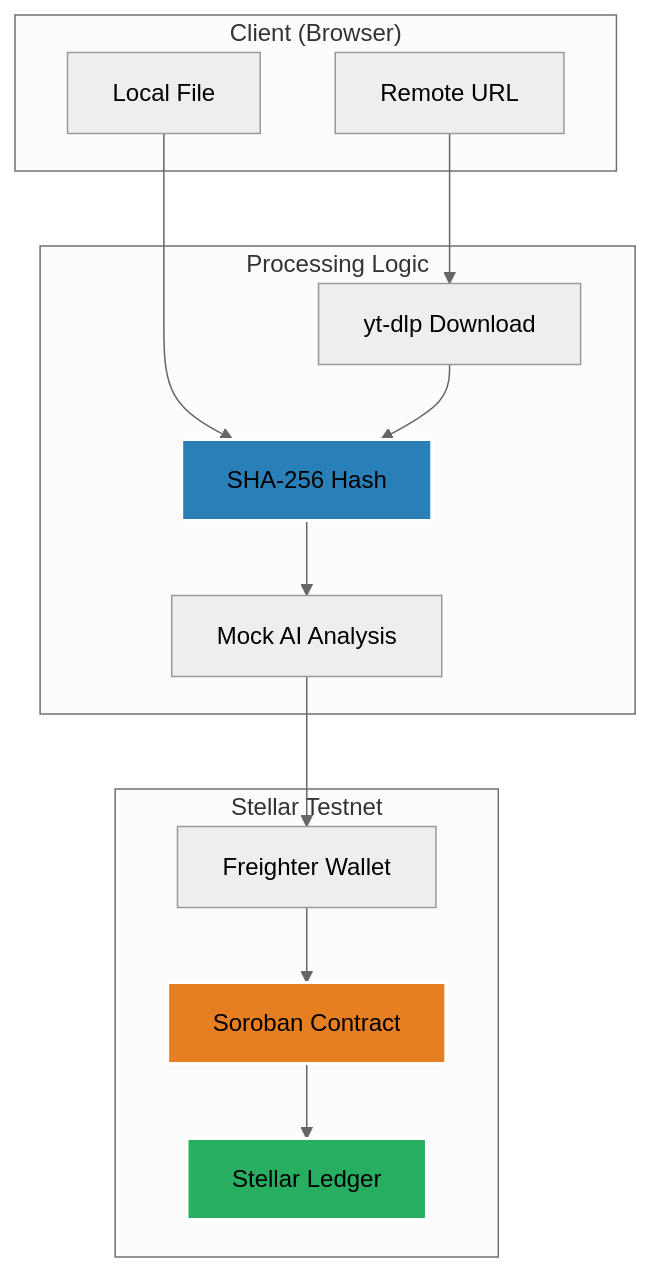
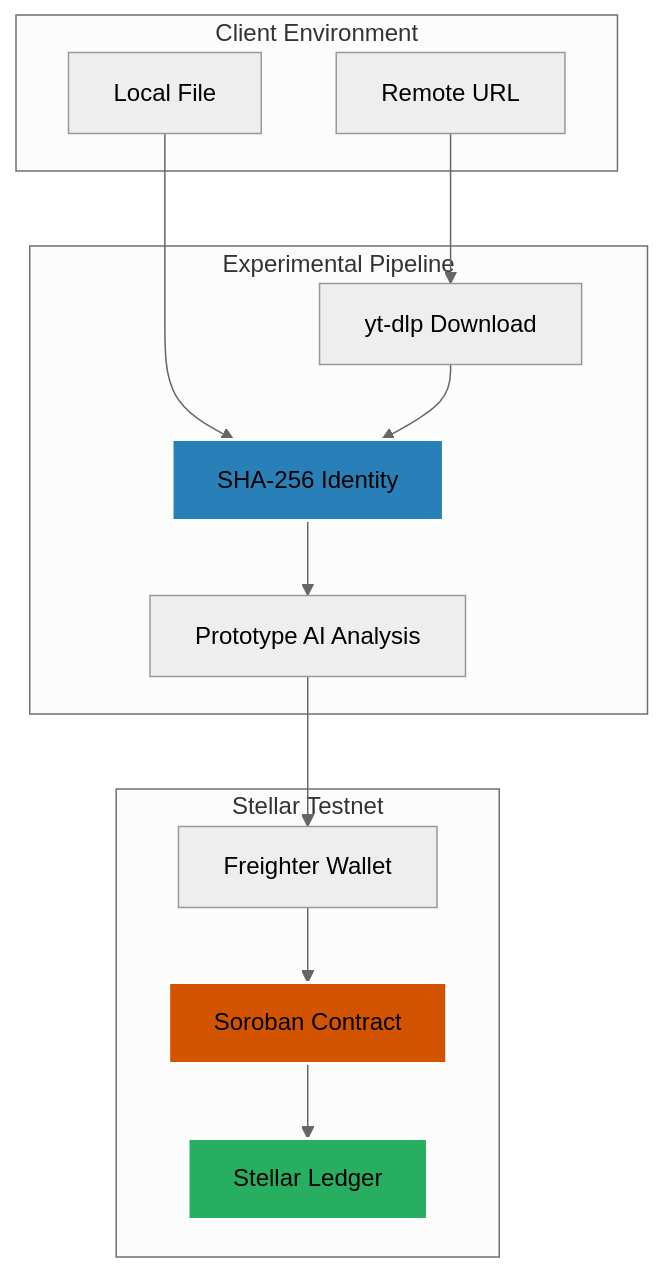
One commit to tunisch/AuthentiScan changed the diagram in README.md. Above: the diagram before and after it, drawn with Mermaid (neutral theme). The commit also changed other lines of this file and 4 other files, not shown here.

````diff
--- a/README.md
+++ b/README.md
@@ -41,27 +33,27 @@
 ```mermaid
 graph TD
-    subgraph "Client (Browser)"
+    subgraph "Client Environment"
         LF[Local File]
         RU[Remote URL]
     end
 
-    subgraph "Processing Logic"
+    subgraph "Experimental Pipeline"
         DL[yt-dlp Download]
-        CH[SHA-256 Hash]
-        AI[Mock AI Analysis]
+        CH[SHA-256 Identity]
+        AI[Prototype AI Analysis]
     end
 
     subgraph "Stellar Testnet"
         FW[Freighter Wallet]
         SC[Soroban Contract]
         SL[Stellar Ledger]
     end
 
     LF --> CH
     RU --> DL --> CH
     CH --> AI --> FW --> SC --> SL
 
-    style SC fill:#e67e22,stroke:#fff,stroke-width:2px
+    style SC fill:#d35400,stroke:#fff,stroke-width:2px
     style SL fill:#27ae60,stroke:#fff,stroke-width:2px
     style CH fill:#2980b9,stroke:#fff,stroke-width:2px
 ```
````
